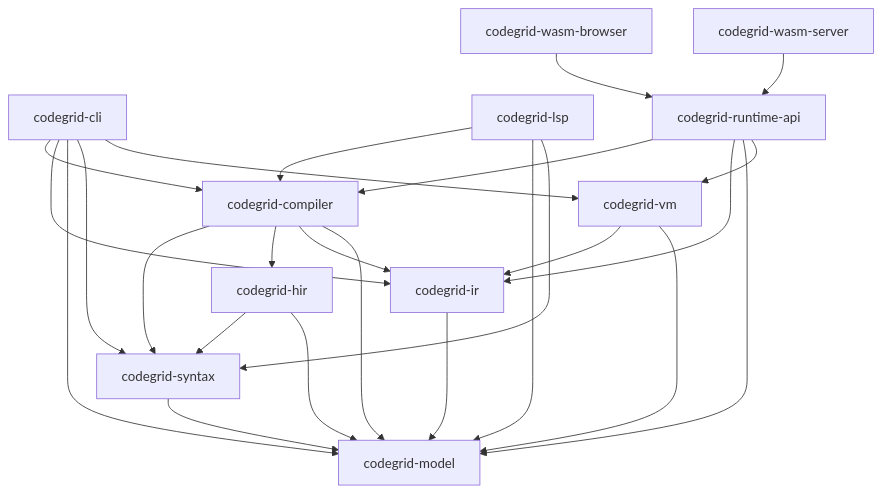
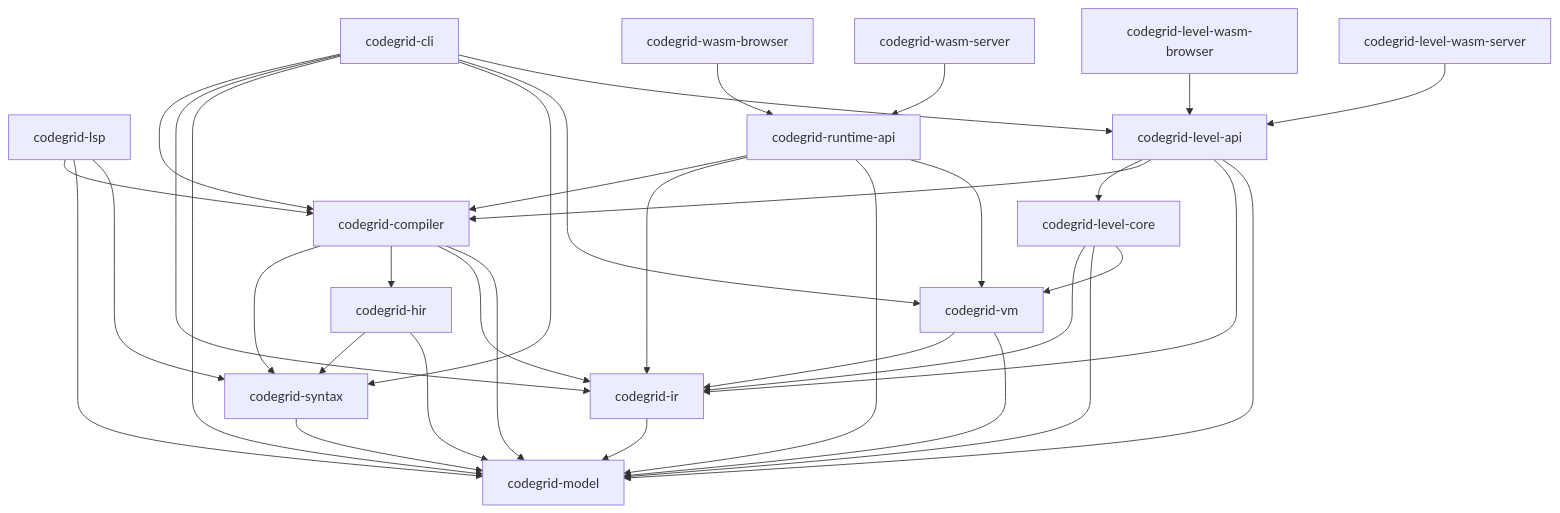
The diagram in docs/architecture.md (codegridgame/codegrid-lang), drawn with Mermaid before and after one commit. The commit also changed other lines of this file and 125 other files, not shown here.

First line of the commit message:
Add ExactIO level evaluation and fix CLI resource limits

````diff
--- a/docs/architecture.md
+++ b/docs/architecture.md
@@ -38,27 +42,37 @@
 ```mermaid
 graph TD
   syntax[codegrid-syntax] --> model[codegrid-model]
   hir[codegrid-hir] --> syntax
   hir --> model
   ir[codegrid-ir] --> model
   compiler[codegrid-compiler] --> syntax
   compiler --> hir
   compiler --> ir
   compiler --> model
   vm[codegrid-vm] --> ir
   vm --> model
   cli[codegrid-cli] --> compiler
   cli --> ir
   cli --> model
   cli --> syntax
   cli --> vm
   lsp[codegrid-lsp] --> compiler
   lsp --> model
   lsp --> syntax
   runtime_api[codegrid-runtime-api] --> compiler
   runtime_api --> ir
   runtime_api --> model
   runtime_api --> vm
   browser[codegrid-wasm-browser] --> runtime_api
   server[codegrid-wasm-server] --> runtime_api
+  level_core[codegrid-level-core] --> ir
+  level_core --> model
+  level_core --> vm
+  level_api[codegrid-level-api] --> level_core
+  level_api --> compiler
+  level_api --> ir
+  level_api --> model
+  cli --> level_api
+  level_browser[codegrid-level-wasm-browser] --> level_api
+  level_server[codegrid-level-wasm-server] --> level_api
 ```
````
